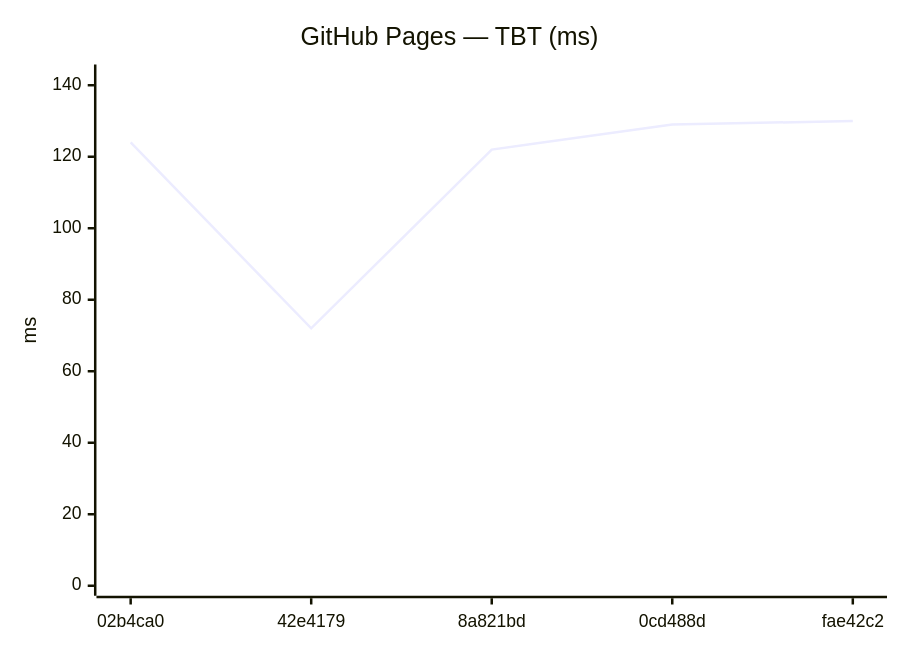
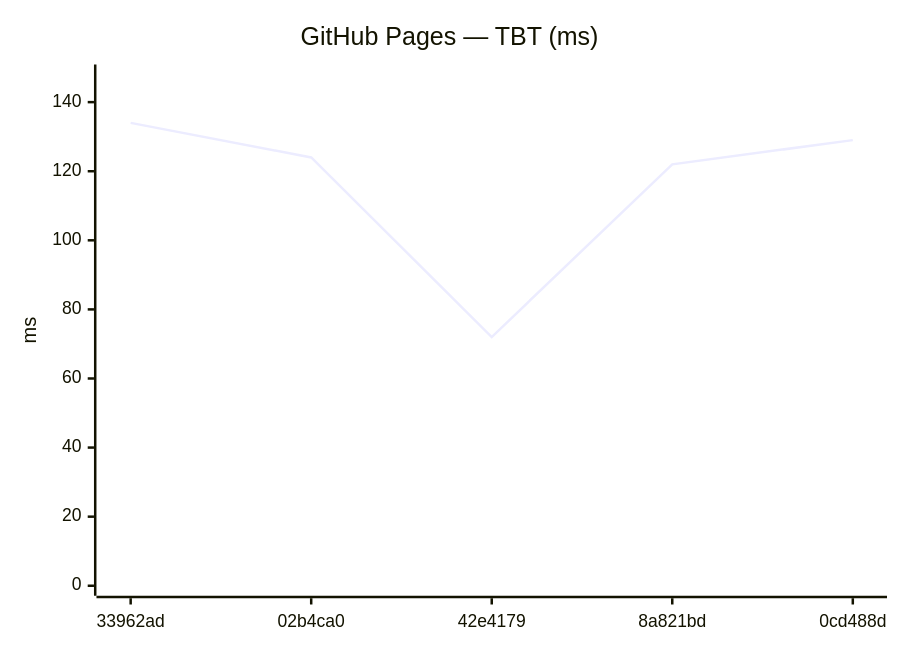
The tenth of 18 diagrams in benchmarks/compare.md (Metaheurist/Rianell), drawn with Mermaid before and after one commit. The commit also changed other lines of this file and 11 other files, not shown here.

````diff
--- a/benchmarks/compare.md
+++ b/benchmarks/compare.md
@@ -149,7 +149,7 @@
 ```mermaid
 xychart-beta
     title "GitHub Pages — TBT (ms)"
-    x-axis ["02b4ca0", "42e4179", "8a821bd", "0cd488d", "fae42c2"]
-    y-axis "ms" 0 --> 143
-    line [124, 72, 122, 129, 130]
+    x-axis ["33962ad", "02b4ca0", "42e4179", "8a821bd", "0cd488d"]
+    y-axis "ms" 0 --> 148
+    line [134, 124, 72, 122, 129]
 ```
````
